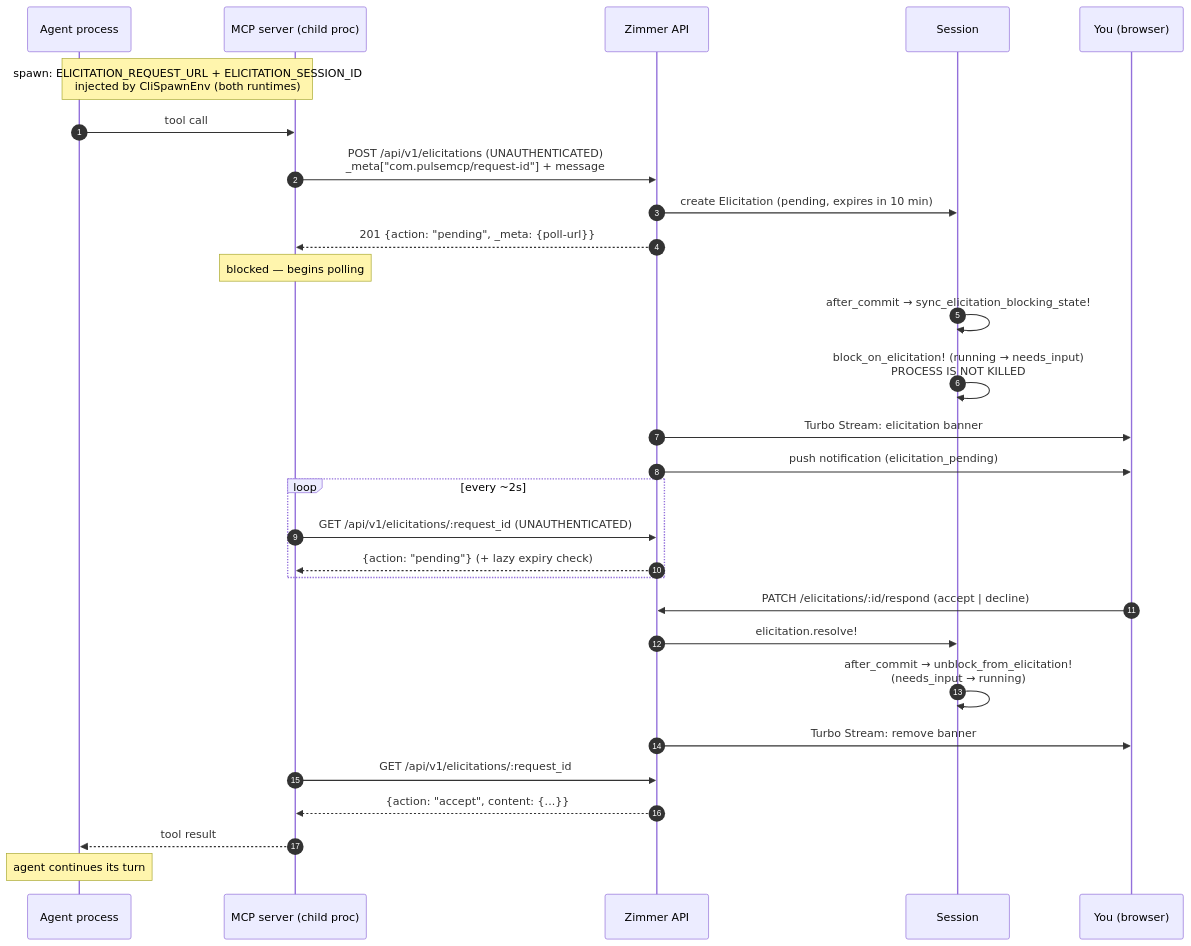
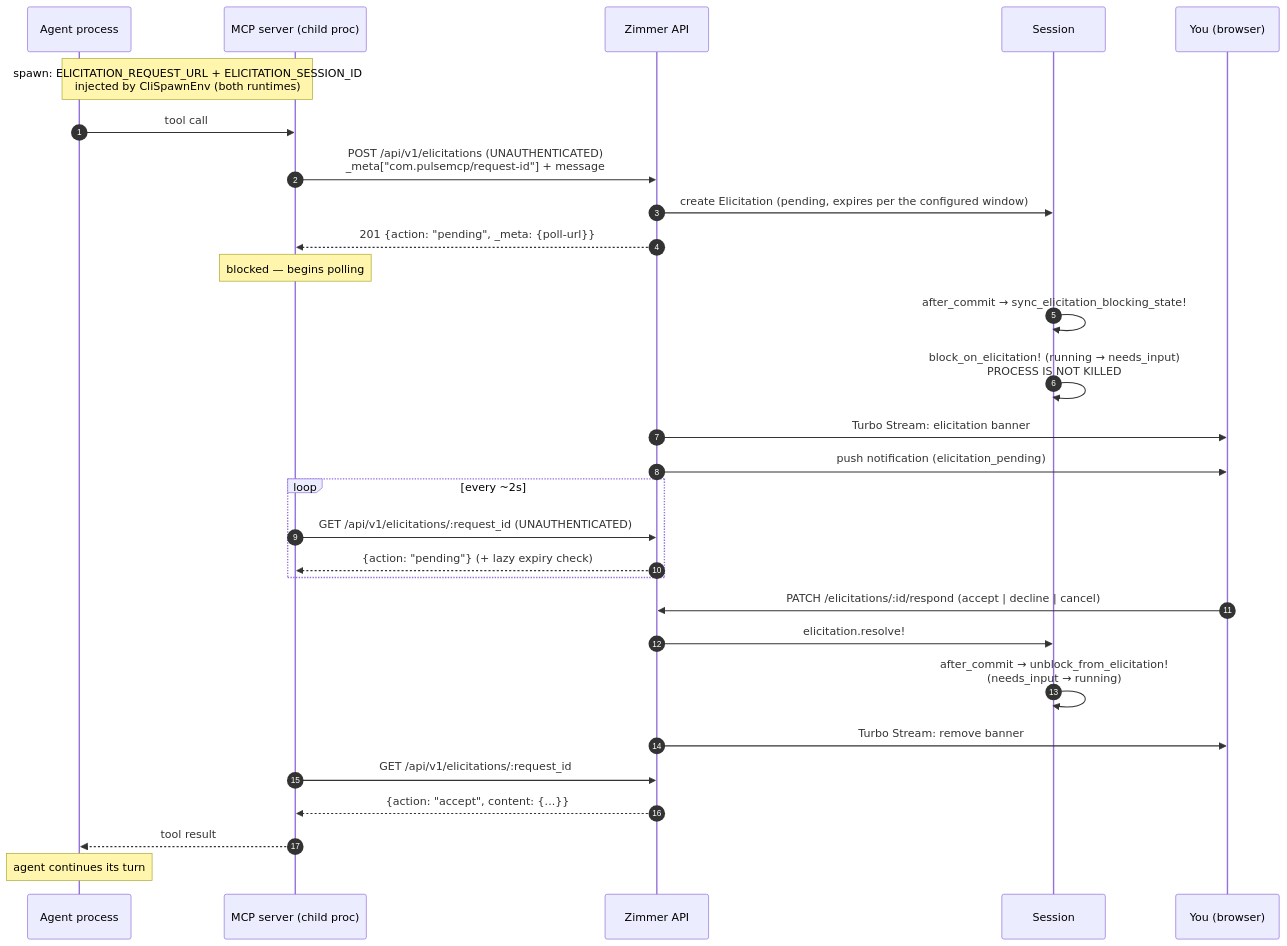
The diagram in docs/src/content/docs/sessions/elicitation.md (tadasant/zimmer), drawn with Mermaid before and after one commit. The commit also changed other lines of this file and 25 other files, not shown here.

````diff
--- a/docs/src/content/docs/sessions/elicitation.md
+++ b/docs/src/content/docs/sessions/elicitation.md
@@ -18,34 +18,34 @@
 ```mermaid
 sequenceDiagram
     autonumber
     participant P as Agent process
     participant M as MCP server (child proc)
     participant Z as Zimmer API
     participant S as Session
     participant U as You (browser)
 
     Note over P,M: spawn: ELICITATION_REQUEST_URL + ELICITATION_SESSION_ID<br/>injected by CliSpawnEnv (both runtimes)
     P->>M: tool call
     M->>Z: POST /api/v1/elicitations (UNAUTHENTICATED)<br/>_meta["com.pulsemcp/request-id"] + message
-    Z->>S: create Elicitation (pending, expires in 10 min)
+    Z->>S: create Elicitation (pending, expires per the configured window)
     Z-->>M: 201 {action: "pending", _meta: {poll-url}}
     Note over M: blocked — begins polling
     S->>S: after_commit → sync_elicitation_blocking_state!
     S->>S: block_on_elicitation! (running → needs_input)<br/>PROCESS IS NOT KILLED
     Z->>U: Turbo Stream: elicitation banner
     Z->>U: push notification (elicitation_pending)
 
     loop every ~2s
         M->>Z: GET /api/v1/elicitations/:request_id (UNAUTHENTICATED)
         Z-->>M: {action: "pending"} (+ lazy expiry check)
     end
 
-    U->>Z: PATCH /elicitations/:id/respond (accept | decline)
+    U->>Z: PATCH /elicitations/:id/respond (accept | decline | cancel)
     Z->>S: elicitation.resolve!
     S->>S: after_commit → unblock_from_elicitation!<br/>(needs_input → running)
     Z->>U: Turbo Stream: remove banner
     M->>Z: GET /api/v1/elicitations/:request_id
     Z-->>M: {action: "accept", content: {...}}
     M-->>P: tool result
     Note over P: agent continues its turn
 ```
````
